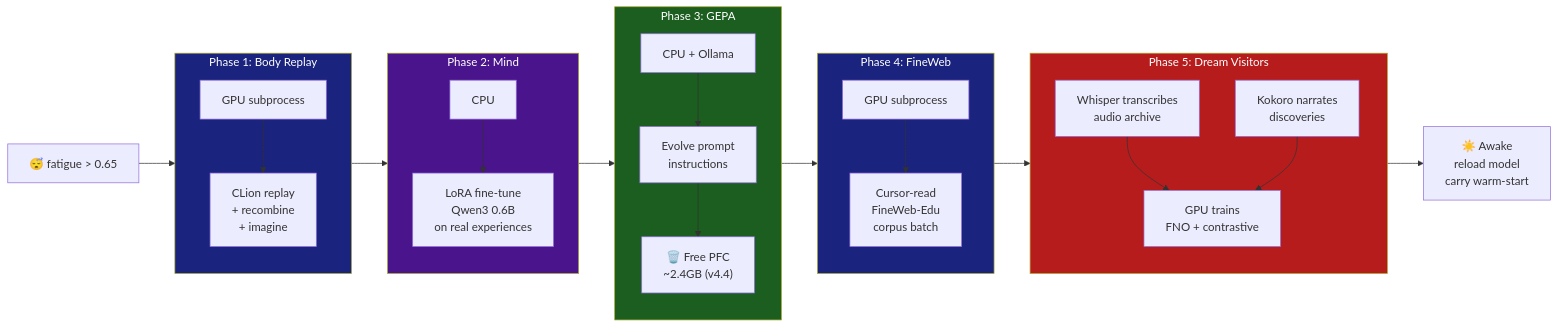
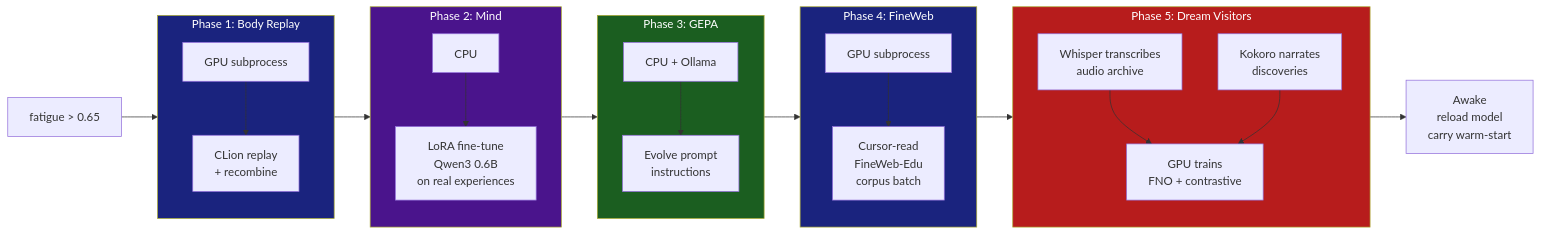
Before and after one commit to linga009/Avatar: the fourth of 4 diagrams in README.md, drawn with Mermaid. The commit also changed other lines of this file and 5 other files, not shown here.

````diff
--- a/README.md
+++ b/README.md
@@ -742,58 +261,57 @@
 ```mermaid
 flowchart LR
-    FATIGUE["😴 fatigue > 0.65"] --> P1
+    FATIGUE["fatigue > 0.65"] --> P1
 
     subgraph P1["Phase 1: Body Replay"]
         direction TB
         P1A["GPU subprocess"]
-        P1B["CLion replay\n+ recombine\n+ imagine"]
+        P1B["CLion replay\n+ recombine"]
         P1A --> P1B
     end
 
     P1 --> P2
 
     subgraph P2["Phase 2: Mind"]
         direction TB
         P2A["CPU"]
         P2B["LoRA fine-tune\nQwen3 0.6B\non real experiences"]
         P2A --> P2B
     end
 
     P2 --> P3
 
     subgraph P3["Phase 3: GEPA"]
         direction TB
         P3A["CPU + Ollama"]
         P3B["Evolve prompt\ninstructions"]
-        P3C["🗑️ Free PFC\n~2.4GB (v4.4)"]
-        P3A --> P3B --> P3C
+        P3A --> P3B
     end
 
     P3 --> P4
 
     subgraph P4["Phase 4: FineWeb"]
         direction TB
         P4A["GPU subprocess"]
         P4B["Cursor-read\nFineWeb-Edu\ncorpus batch"]
         P4A --> P4B
     end
 
     P4 --> P5
 
     subgraph P5["Phase 5: Dream Visitors"]
         direction TB
         P5A["Whisper transcribes\naudio archive"]
         P5B["Kokoro narrates\ndiscoveries"]
         P5C["GPU trains\nFNO + contrastive"]
         P5A --> P5C
         P5B --> P5C
     end
 
-    P5 --> WAKE["☀️ Awake\nreload model\ncarry warm-start"]
+    P5 --> WAKE["Awake\nreload model\ncarry warm-start"]
 
     style P1 fill:#1a237e,color:#fff
     style P2 fill:#4a148c,color:#fff
     style P3 fill:#1b5e20,color:#fff
     style P4 fill:#1a237e,color:#fff
     style P5 fill:#b71c1c,color:#fff
 ```
````
